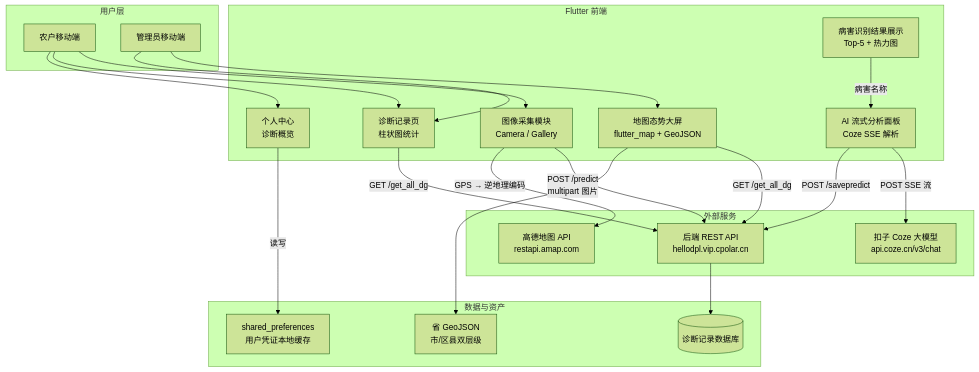
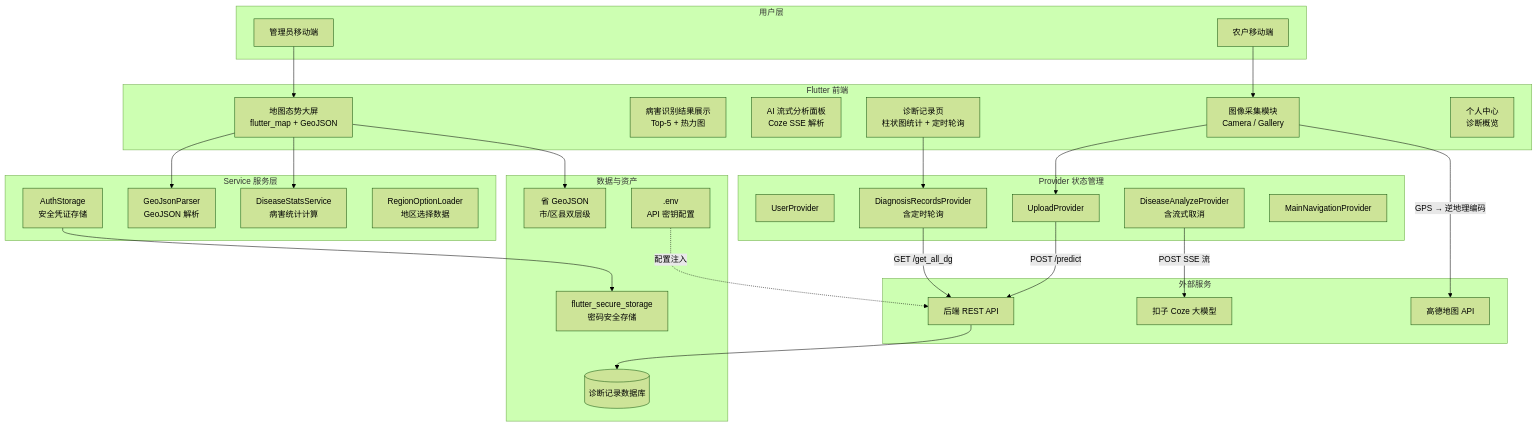
One commit to 42419/disease_flutter changed the first of 3 diagrams in README.md. Above: the diagram before and after it, drawn with Mermaid (forest theme). The commit also changed other lines of this file, not shown here.

````diff
--- a/README.md
+++ b/README.md
@@ -91,44 +84,59 @@
 ```mermaid
 graph TB
     subgraph 用户层["用户层"]
         A1[农户移动端]
         A2[管理员移动端]
     end
 
     subgraph 前端层["Flutter 前端"]
         B1[图像采集模块<br/>Camera / Gallery]
         B2[病害识别结果展示<br/>Top-5 + 热力图]
         B3[AI 流式分析面板<br/>Coze SSE 解析]
-        B4[诊断记录页<br/>柱状图统计]
+        B4[诊断记录页<br/>柱状图统计 + 定时轮询]
         B5[地图态势大屏<br/>flutter_map + GeoJSON]
         B6[个人中心<br/>诊断概览]
     end
 
-    subgraph 服务层["外部服务"]
-        C1[后端 REST API<br/>hellodpl.vip.cpolar.cn]
-        C2[扣子 Coze 大模型<br/>api.coze.cn/v3/chat]
-        C3[高德地图 API<br/>restapi.amap.com]
+    subgraph 状态层["Provider 状态管理"]
+        P1[UserProvider]
+        P2[UploadProvider]
+        P3[DiagnosisRecordsProvider<br/>含定时轮询]
+        P4[DiseaseAnalyzeProvider<br/>含流式取消]
+        P5[MainNavigationProvider]
+    end
+
+    subgraph 服务层["Service 服务层"]
+        S1[AuthStorage<br/>安全凭证存储]
+        S2[GeoJsonParser<br/>GeoJSON 解析]
+        S3[DiseaseStatsService<br/>病害统计计算]
+        S4[RegionOptionLoader<br/>地区选择数据]
+    end
+
+    subgraph 外部服务["外部服务"]
+        C1[后端 REST API]
+        C2[扣子 Coze 大模型]
+        C3[高德地图 API]
     end
 
     subgraph 数据层["数据与资产"]
         D1[(诊断记录数据库)]
         D2[省 GeoJSON<br/>市/区县双层级]
-        D3[shared_preferences<br/>用户凭证本地缓存]
+        D3[flutter_secure_storage<br/>密码安全存储]
+        D4[.env<br/>API 密钥配置]
     end
 
     A1 --> B1
-    A1 --> B4
-    A1 --> B6
     A2 --> B5
-    A2 --> B4
-    B1 -->|POST /predict<br/>multipart 图片| C1
-    B2 -->|病害名称| B3
-    B3 -->|POST SSE 流| C2
-    B3 -->|POST /savepredict| C1
+    B1 --> P2
+    B4 --> P3
+    B5 --> S2
+    B5 --> S3
+    P3 -->|GET /get_all_dg| C1
+    P4 -->|POST SSE 流| C2
+    P2 -->|POST /predict| C1
     B1 -->|GPS → 逆地理编码| C3
-    B4 -->|GET /get_all_dg| C1
-    B5 -->|GET /get_all_dg| C1
+    S1 --> D3
+    D4 -.->|配置注入| C1
     C1 --> D1
     B5 --> D2
-    B6 -->|读写| D3
 ```
````
